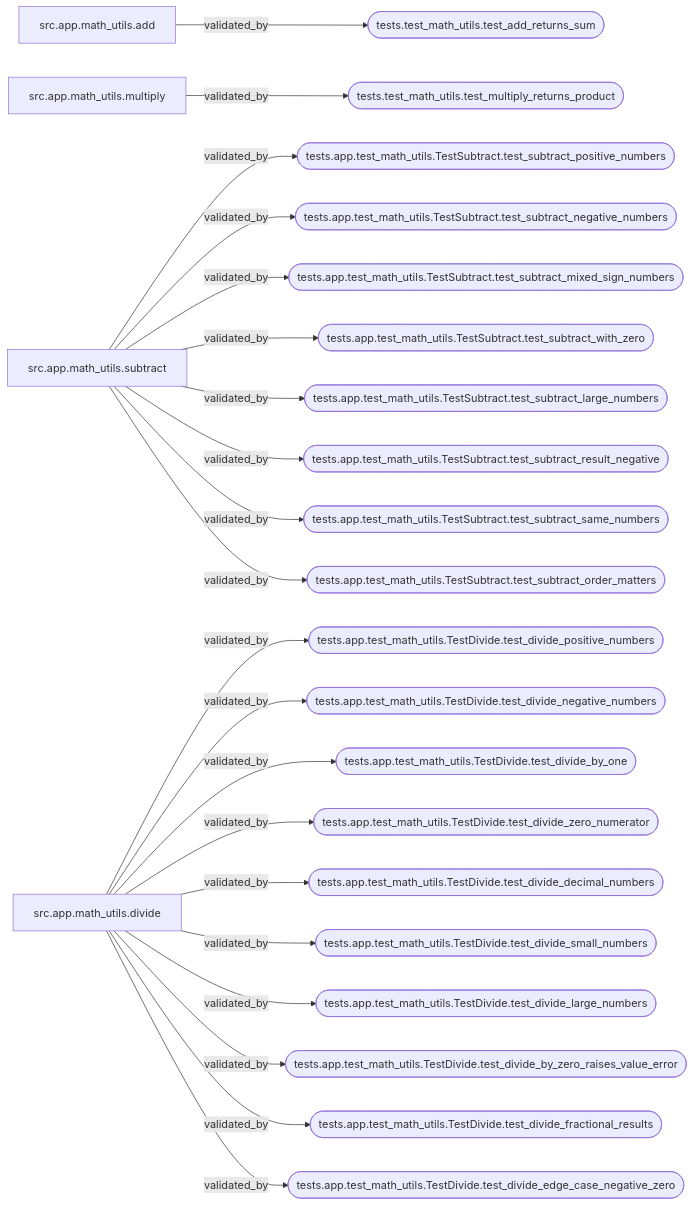
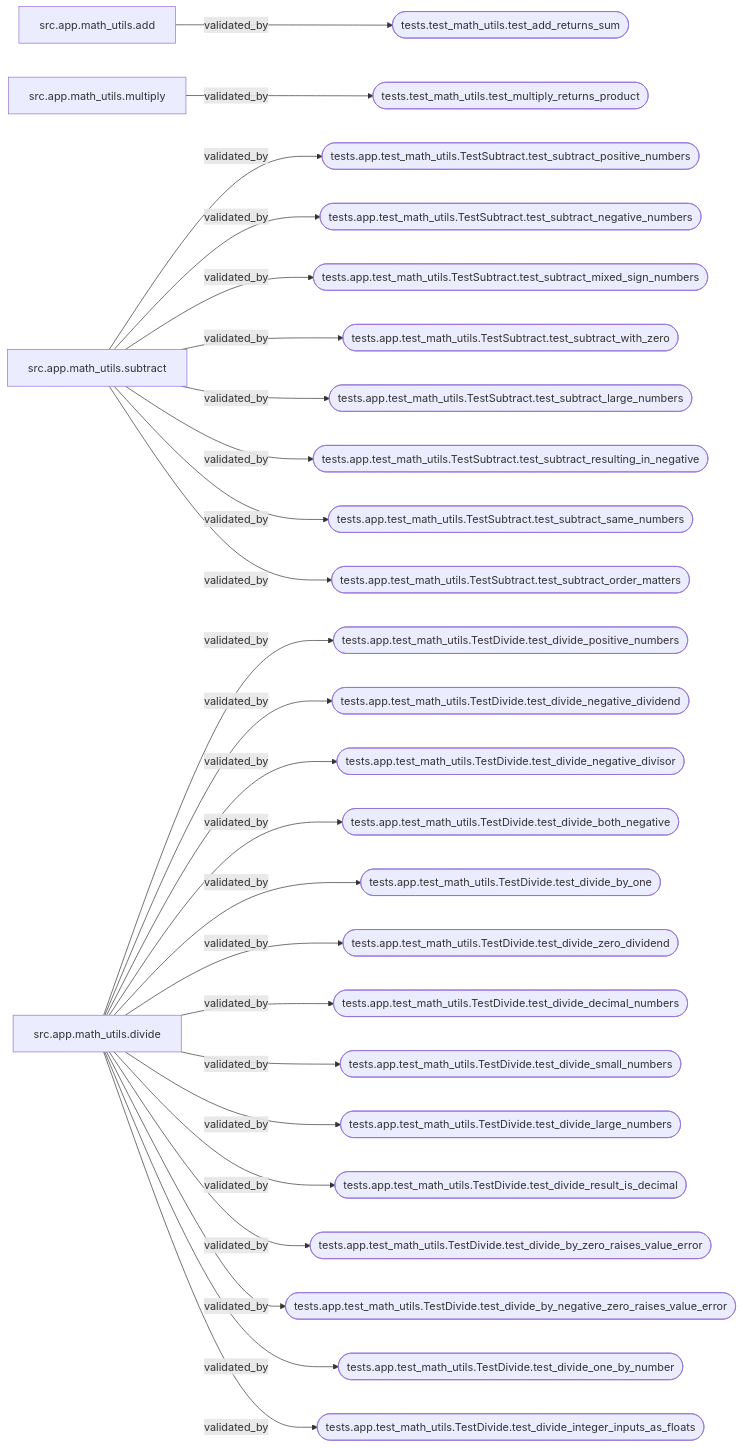
The diagram in spec-logic/output/langgraph_workflow/final_graph.mmd (william-popmie/project-net-zero-backend), drawn with Mermaid before and after one commit. The commit also changed 7 other files, not shown here.

```diff
--- a/spec-logic/output/langgraph_workflow/final_graph.mmd
+++ b/spec-logic/output/langgraph_workflow/final_graph.mmd
@@ -1,45 +1,53 @@
 flowchart LR
     src_app_math_utils_add["src.app.math_utils.add"]
     src_app_math_utils_multiply["src.app.math_utils.multiply"]
     src_app_math_utils_subtract["src.app.math_utils.subtract"]
     src_app_math_utils_divide["src.app.math_utils.divide"]
     tests_test_math_utils_test_add_returns_sum(["tests.test_math_utils.test_add_returns_sum"])
     tests_test_math_utils_test_multiply_returns_product(["tests.test_math_utils.test_multiply_returns_product"])
     tests_app_test_math_utils_TestSubtract_test_subtract_positive_numbers(["tests.app.test_math_utils.TestSubtract.test_subtract_positive_numbers"])
     tests_app_test_math_utils_TestSubtract_test_subtract_negative_numbers(["tests.app.test_math_utils.TestSubtract.test_subtract_negative_numbers"])
     tests_app_test_math_utils_TestSubtract_test_subtract_mixed_sign_numbers(["tests.app.test_math_utils.TestSubtract.test_subtract_mixed_sign_numbers"])
     tests_app_test_math_utils_TestSubtract_test_subtract_with_zero(["tests.app.test_math_utils.TestSubtract.test_subtract_with_zero"])
     tests_app_test_math_utils_TestSubtract_test_subtract_large_numbers(["tests.app.test_math_utils.TestSubtract.test_subtract_large_numbers"])
-    tests_app_test_math_utils_TestSubtract_test_subtract_result_negative(["tests.app.test_math_utils.TestSubtract.test_subtract_result_negative"])
+    tests_app_test_math_utils_TestSubtract_test_subtract_resulting_in_negative(["tests.app.test_math_utils.TestSubtract.test_subtract_resulting_in_negative"])
     tests_app_test_math_utils_TestSubtract_test_subtract_same_numbers(["tests.app.test_math_utils.TestSubtract.test_subtract_same_numbers"])
     tests_app_test_math_utils_TestSubtract_test_subtract_order_matters(["tests.app.test_math_utils.TestSubtract.test_subtract_order_matters"])
     tests_app_test_math_utils_TestDivide_test_divide_positive_numbers(["tests.app.test_math_utils.TestDivide.test_divide_positive_numbers"])
-    tests_app_test_math_utils_TestDivide_test_divide_negative_numbers(["tests.app.test_math_utils.TestDivide.test_divide_negative_numbers"])
+    tests_app_test_math_utils_TestDivide_test_divide_negative_dividend(["tests.app.test_math_utils.TestDivide.test_divide_negative_dividend"])
+    tests_app_test_math_utils_TestDivide_test_divide_negative_divisor(["tests.app.test_math_utils.TestDivide.test_divide_negative_divisor"])
+    tests_app_test_math_utils_TestDivide_test_divide_both_negative(["tests.app.test_math_utils.TestDivide.test_divide_both_negative"])
     tests_app_test_math_utils_TestDivide_test_divide_by_one(["tests.app.test_math_utils.TestDivide.test_divide_by_one"])
-    tests_app_test_math_utils_TestDivide_test_divide_zero_numerator(["tests.app.test_math_utils.TestDivide.test_divide_zero_numerator"])
+    tests_app_test_math_utils_TestDivide_test_divide_zero_dividend(["tests.app.test_math_utils.TestDivide.test_divide_zero_dividend"])
     tests_app_test_math_utils_TestDivide_test_divide_decimal_numbers(["tests.app.test_math_utils.TestDivide.test_divide_decimal_numbers"])
     tests_app_test_math_utils_TestDivide_test_divide_small_numbers(["tests.app.test_math_utils.TestDivide.test_divide_small_numbers"])
     tests_app_test_math_utils_TestDivide_test_divide_large_numbers(["tests.app.test_math_utils.TestDivide.test_divide_large_numbers"])
+    tests_app_test_math_utils_TestDivide_test_divide_result_is_decimal(["tests.app.test_math_utils.TestDivide.test_divide_result_is_decimal"])
     tests_app_test_math_utils_TestDivide_test_divide_by_zero_raises_value_error(["tests.app.test_math_utils.TestDivide.test_divide_by_zero_raises_value_error"])
-    tests_app_test_math_utils_TestDivide_test_divide_fractional_results(["tests.app.test_math_utils.TestDivide.test_divide_fractional_results"])
-    tests_app_test_math_utils_TestDivide_test_divide_edge_case_negative_zero(["tests.app.test_math_utils.TestDivide.test_divide_edge_case_negative_zero"])
+    tests_app_test_math_utils_TestDivide_test_divide_by_negative_zero_raises_value_error(["tests.app.test_math_utils.TestDivide.test_divide_by_negative_zero_raises_value_error"])
+    tests_app_test_math_utils_TestDivide_test_divide_one_by_number(["tests.app.test_math_utils.TestDivide.test_divide_one_by_number"])
+    tests_app_test_math_utils_TestDivide_test_divide_integer_inputs_as_floats(["tests.app.test_math_utils.TestDivide.test_divide_integer_inputs_as_floats"])
     src_app_math_utils_add -->|validated_by| tests_test_math_utils_test_add_returns_sum
     src_app_math_utils_multiply -->|validated_by| tests_test_math_utils_test_multiply_returns_product
     src_app_math_utils_subtract -->|validated_by| tests_app_test_math_utils_TestSubtract_test_subtract_positive_numbers
     src_app_math_utils_subtract -->|validated_by| tests_app_test_math_utils_TestSubtract_test_subtract_negative_numbers
     src_app_math_utils_subtract -->|validated_by| tests_app_test_math_utils_TestSubtract_test_subtract_mixed_sign_numbers
     src_app_math_utils_subtract -->|validated_by| tests_app_test_math_utils_TestSubtract_test_subtract_with_zero
     src_app_math_utils_subtract -->|validated_by| tests_app_test_math_utils_TestSubtract_test_subtract_large_numbers
-    src_app_math_utils_subtract -->|validated_by| tests_app_test_math_utils_TestSubtract_test_subtract_result_negative
+    src_app_math_utils_subtract -->|validated_by| tests_app_test_math_utils_TestSubtract_test_subtract_resulting_in_negative
     src_app_math_utils_subtract -->|validated_by| tests_app_test_math_utils_TestSubtract_test_subtract_same_numbers
     src_app_math_utils_subtract -->|validated_by| tests_app_test_math_utils_TestSubtract_test_subtract_order_matters
     src_app_math_utils_divide -->|validated_by| tests_app_test_math_utils_TestDivide_test_divide_positive_numbers
-    src_app_math_utils_divide -->|validated_by| tests_app_test_math_utils_TestDivide_test_divide_negative_numbers
+    src_app_math_utils_divide -->|validated_by| tests_app_test_math_utils_TestDivide_test_divide_negative_dividend
+    src_app_math_utils_divide -->|validated_by| tests_app_test_math_utils_TestDivide_test_divide_negative_divisor
+    src_app_math_utils_divide -->|validated_by| tests_app_test_math_utils_TestDivide_test_divide_both_negative
     src_app_math_utils_divide -->|validated_by| tests_app_test_math_utils_TestDivide_test_divide_by_one
-    src_app_math_utils_divide -->|validated_by| tests_app_test_math_utils_TestDivide_test_divide_zero_numerator
+    src_app_math_utils_divide -->|validated_by| tests_app_test_math_utils_TestDivide_test_divide_zero_dividend
     src_app_math_utils_divide -->|validated_by| tests_app_test_math_utils_TestDivide_test_divide_decimal_numbers
     src_app_math_utils_divide -->|validated_by| tests_app_test_math_utils_TestDivide_test_divide_small_numbers
     src_app_math_utils_divide -->|validated_by| tests_app_test_math_utils_TestDivide_test_divide_large_numbers
+    src_app_math_utils_divide -->|validated_by| tests_app_test_math_utils_TestDivide_test_divide_result_is_decimal
     src_app_math_utils_divide -->|validated_by| tests_app_test_math_utils_TestDivide_test_divide_by_zero_raises_value_error
-    src_app_math_utils_divide -->|validated_by| tests_app_test_math_utils_TestDivide_test_divide_fractional_results
-    src_app_math_utils_divide -->|validated_by| tests_app_test_math_utils_TestDivide_test_divide_edge_case_negative_zero
+    src_app_math_utils_divide -->|validated_by| tests_app_test_math_utils_TestDivide_test_divide_by_negative_zero_raises_value_error
+    src_app_math_utils_divide -->|validated_by| tests_app_test_math_utils_TestDivide_test_divide_one_by_number
+    src_app_math_utils_divide -->|validated_by| tests_app_test_math_utils_TestDivide_test_divide_integer_inputs_as_floats
```
